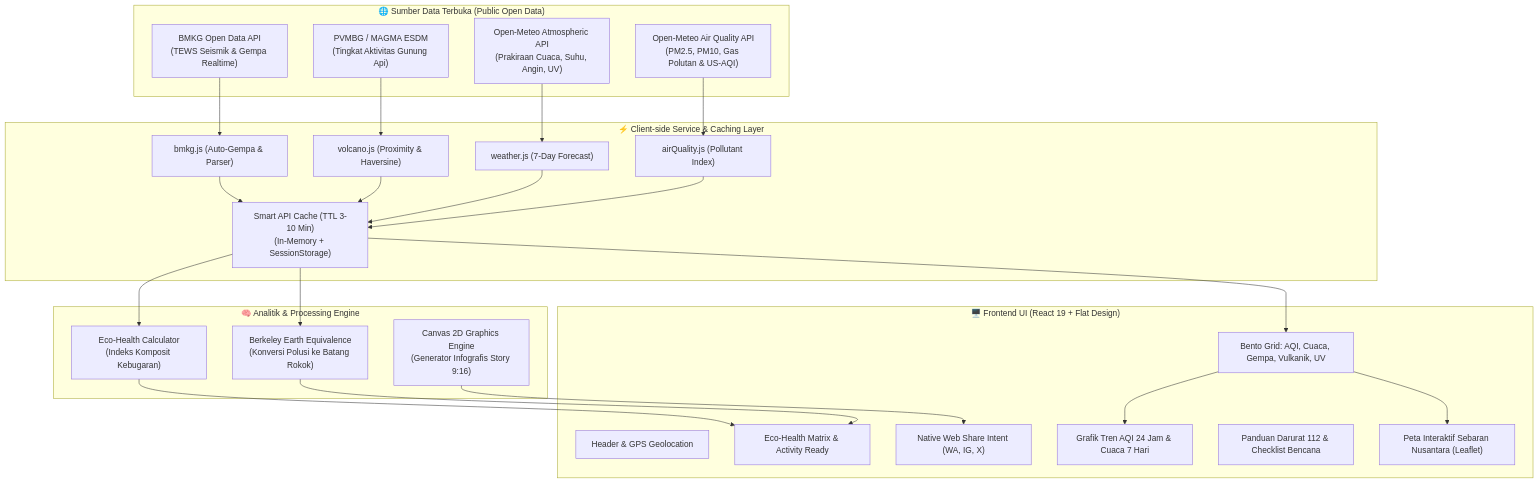
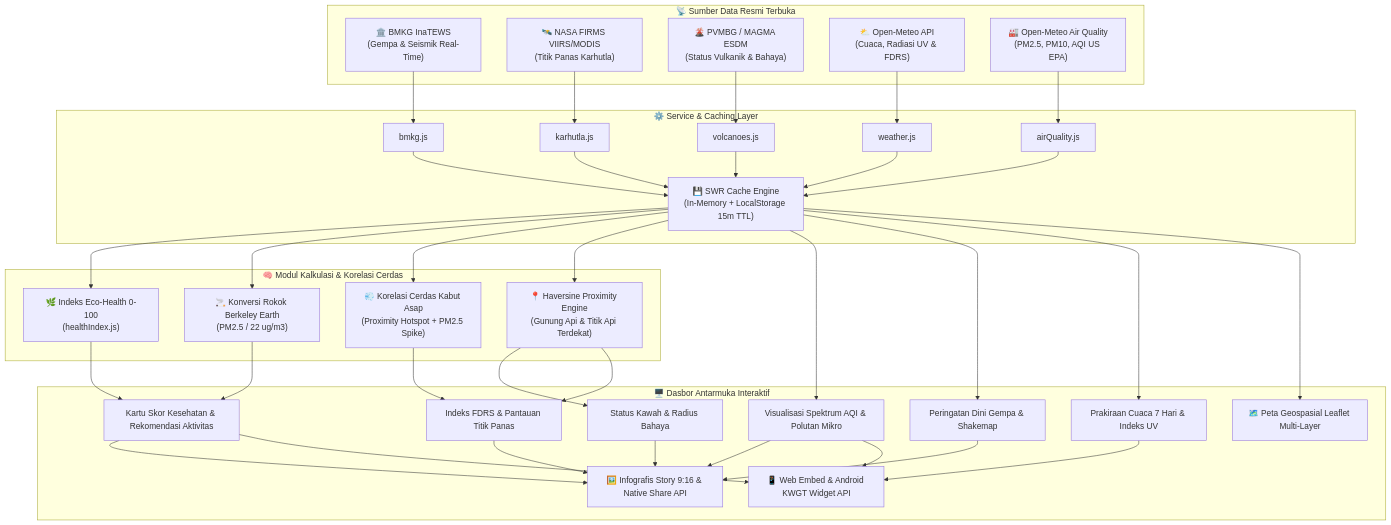
The diagram in README.md (anasysuf/sekitarku), drawn with Mermaid before and after one commit. The commit also changed other lines of this file, not shown here.

Commit message:
docs: update README with comprehensive features, architecture, and tech stack

````diff
--- a/README.md
+++ b/README.md
@@ -24,53 +33,69 @@
 ```mermaid
-graph TD
-    subgraph Data_Sources ["🌐 Sumber Data Terbuka (Public Open Data)"]
-        BMKG["BMKG Open Data API<br/>(TEWS Seismik & Gempa Realtime)"]
-        PVMBG["PVMBG / MAGMA ESDM<br/>(Tingkat Aktivitas Gunung Api)"]
-        Meteo["Open-Meteo Atmospheric API<br/>(Prakiraan Cuaca, Suhu, Angin, UV)"]
-        AQI_API["Open-Meteo Air Quality API<br/>(PM2.5, PM10, Gas Polutan & US-AQI)"]
+flowchart TD
+    subgraph Sumber_Data_Resmi ["📡 Sumber Data Resmi Terbuka"]
+        BMKG_API["🏛️ BMKG InaTEWS\n(Gempa & Seismik Real-Time)"]
+        NASA_API["🛰️ NASA FIRMS VIIRS/MODIS\n(Titik Panas Karhutla)"]
+        PVMBG_API["🌋 PVMBG / MAGMA ESDM\n(Status Vulkanik & Bahaya)"]
+        Meteo_API["⛅ Open-Meteo API\n(Cuaca, Radiasi UV & FDRS)"]
+        AQI_API["🏭 Open-Meteo Air Quality\n(PM2.5, PM10, AQI US EPA)"]
     end
 
-    subgraph Service_Layer ["⚡ Client-side Service & Caching Layer"]
-        Cache["Smart API Cache (TTL 3-10 Min)<br/>(In-Memory + SessionStorage)"]
-        BMKG_Svc["bmkg.js (Auto-Gempa & Parser)"]
-        Volcano_Svc["volcano.js (Proximity & Haversine)"]
-        Weather_Svc["weather.js (7-Day Forecast)"]
-        AQI_Svc["airQuality.js (Pollutant Index)"]
+    subgraph Service_Layer ["⚙️ Service & Caching Layer"]
+        BMKG_Svc["bmkg.js"]
+        Karhutla_Svc["karhutla.js"]
+        Volcano_Svc["volcanoes.js"]
+        Weather_Svc["weather.js"]
+        AQI_Svc["airQuality.js"]
+        Cache["💾 SWR Cache Engine\n(In-Memory + LocalStorage 15m TTL)"]
     end
 
-    subgraph Engine_Layer ["🧠 Analitik & Processing Engine"]
-        EcoScore["Eco-Health Calculator<br/>(Indeks Komposit Kebugaran)"]
-        CigFormula["Berkeley Earth Equivalence<br/>(Konversi Polusi ke Batang Rokok)"]
-        CanvasGen["Canvas 2D Graphics Engine<br/>(Generator Infografis Story 9:16)"]
+    subgraph Core_Intelligence ["🧠 Modul Kalkulasi & Korelasi Cerdas"]
+        EcoScore["🌿 Indeks Eco-Health 0-100\n(healthIndex.js)"]
+        CigFormula["🚬 Konversi Rokok Berkeley Earth\n(PM2.5 / 22 ug/m3)"]
+        HazeCorrelation["💨 Korelasi Cerdas Kabut Asap\n(Proximity Hotspot + PM2.5 Spike)"]
+        ProximityCalc["📍 Haversine Proximity Engine\n(Gunung Api & Titik Api Terdekat)"]
     end
 
-    subgraph UI_Layer ["🖥️ Frontend UI (React 19 + Flat Design)"]
-        Header["Header & GPS Geolocation"]
-        Hero["Eco-Health Matrix & Activity Ready"]
-        Dashboard["Bento Grid: AQI, Cuaca, Gempa, Vulkanik, UV"]
-        Charts["Grafik Tren AQI 24 Jam & Cuaca 7 Hari"]
-        Map["Peta Interaktif Sebaran Nusantara (Leaflet)"]
-        Emergency["Panduan Darurat 112 & Checklist Bencana"]
-        Share["Native Web Share Intent (WA, IG, X)"]
+    subgraph UI_Presentation ["🖥️ Dasbor Antarmuka Interaktif"]
+        Hero["Kartu Skor Kesehatan & Rekomendasi Aktivitas"]
+        AQICard["Visualisasi Spektrum AQI & Polutan Mikro"]
+        KarhutlaCard["Indeks FDRS & Pantauan Titik Panas"]
+        VolcanoCard["Status Kawah & Radius Bahaya"]
+        QuakeCard["Peringatan Dini Gempa & Shakemap"]
+        WeatherCard["Prakiraan Cuaca 7 Hari & Indeks UV"]
+        Map["🗺️ Peta Geospasial Leaflet Multi-Layer"]
+        Share["🖼️ Infografis Story 9:16 & Native Share API"]
+        Widget["📱 Web Embed & Android KWGT Widget API"]
     end
 
-    BMKG --> BMKG_Svc
-    PVMBG --> Volcano_Svc
-    Meteo --> Weather_Svc
+    BMKG_API --> BMKG_Svc
+    NASA_API --> Karhutla_Svc
+    PVMBG_API --> Volcano_Svc
+    Meteo_API --> Weather_Svc
     AQI_API --> AQI_Svc
 
     BMKG_Svc --> Cache
+    Karhutla_Svc --> Cache
     Volcano_Svc --> Cache
     Weather_Svc --> Cache
     AQI_Svc --> Cache
 
     Cache --> EcoScore
     Cache --> CigFormula
-    Cache --> Dashboard
+    Cache --> HazeCorrelation
+    Cache --> ProximityCalc
 
     EcoScore --> Hero
     CigFormula --> Hero
-    Dashboard --> Charts
-    Dashboard --> Map
-    CanvasGen --> Share
+    HazeCorrelation --> KarhutlaCard
+    ProximityCalc --> VolcanoCard
+    ProximityCalc --> KarhutlaCard
+
+    Cache --> AQICard
+    Cache --> QuakeCard
+    Cache --> WeatherCard
+    Cache --> Map
+    
+    Hero & AQICard & KarhutlaCard & VolcanoCard & QuakeCard --> Share
+    Hero & AQICard & WeatherCard --> Widget
 ```
````
